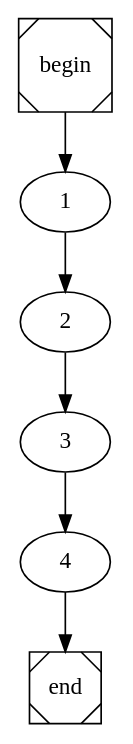
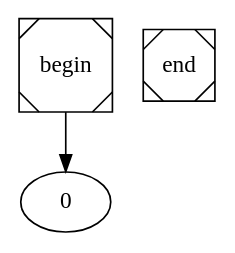
Before and after one commit to arubenruben/JMM-Compiler: the diagram in add.dot, drawn with Graphviz. The commit also changed 5 other files, not shown here.

```diff
--- a/add.dot
+++ b/add.dot
@@ -1,4 +1,4 @@
 digraph cfg {
 	begin [shape=Msquare];
 	end [shape=Msquare];
-	begin -> 1;	1 -> 2;	2 -> 3;	3 -> 4;	4 -> end;}
+	begin -> 0;}
```
